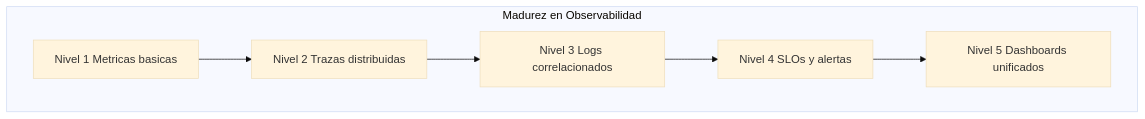
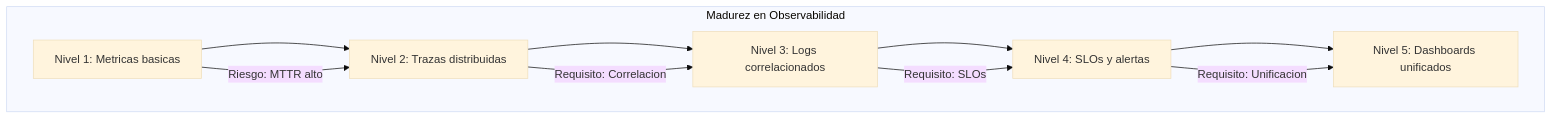
Before and after one commit to Joaquinriosheredia/DAM-Java-Mastery: the third of 3 diagrams in 03_Spring_Ecosystem/observabilidad_distribuida_en_spring_boot_3.3_con_opentelemetry_y_grafana_loki:_correlación_de_trazas_y_logs_STAFF.md, drawn with Mermaid (base theme). The commit also changed other lines of this file, not shown here.

Commit message:
observabilidad_distribuida_en_spring_boot_3.3_con_opentelemetry_y_grafana_loki:_correlación_de_trazas_y_logs_STAFF.md

````diff
--- a/03_Spring_Ecosystem/observabilidad_distribuida_en_spring_boot_3.3_con_opentelemetry_y_grafana_loki:_correlación_de_trazas_y_logs_STAFF.md
+++ b/03_Spring_Ecosystem/observabilidad_distribuida_en_spring_boot_3.3_con_opentelemetry_y_grafana_loki:_correlación_de_trazas_y_logs_STAFF.md
@@ -502,10 +678,15 @@
 ```mermaid
 graph TD
     subgraph "Madurez en Observabilidad"
-        L1[Nivel 1 Metricas basicas] --> L2
-        L2[Nivel 2 Trazas distribuidas] --> L3
-        L3[Nivel 3 Logs correlacionados] --> L4
-        L4[Nivel 4 SLOs y alertas] --> L5
-        L5[Nivel 5 Dashboards unificados]
+        L1[Nivel 1: Metricas basicas] --> L2
+        L2[Nivel 2: Trazas distribuidas] --> L3
+        L3[Nivel 3: Logs correlacionados] --> L4
+        L4[Nivel 4: SLOs y alertas] --> L5
+        L5[Nivel 5: Dashboards unificados]
     end
+    
+    L1 -->|Riesgo: MTTR alto| L2
+    L2 -->|Requisito: Correlacion| L3
+    L3 -->|Requisito: SLOs| L4
+    L4 -->|Requisito: Unificacion| L5
 ```
````
